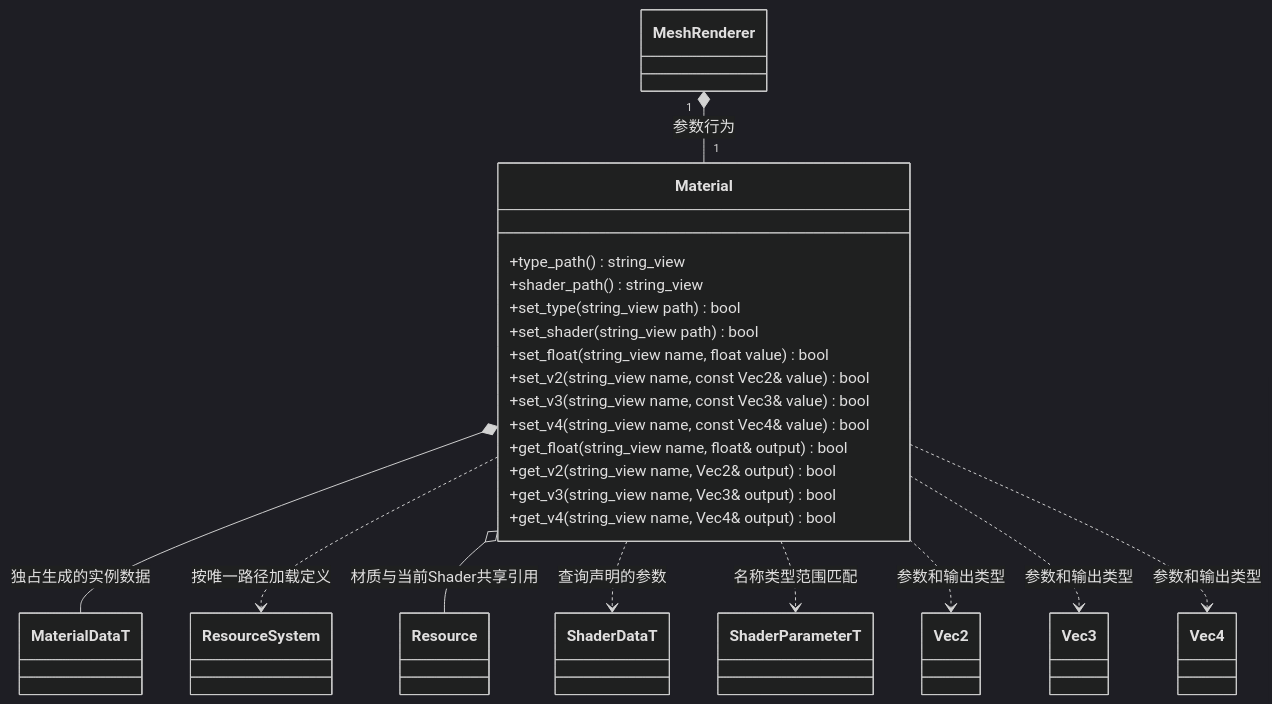
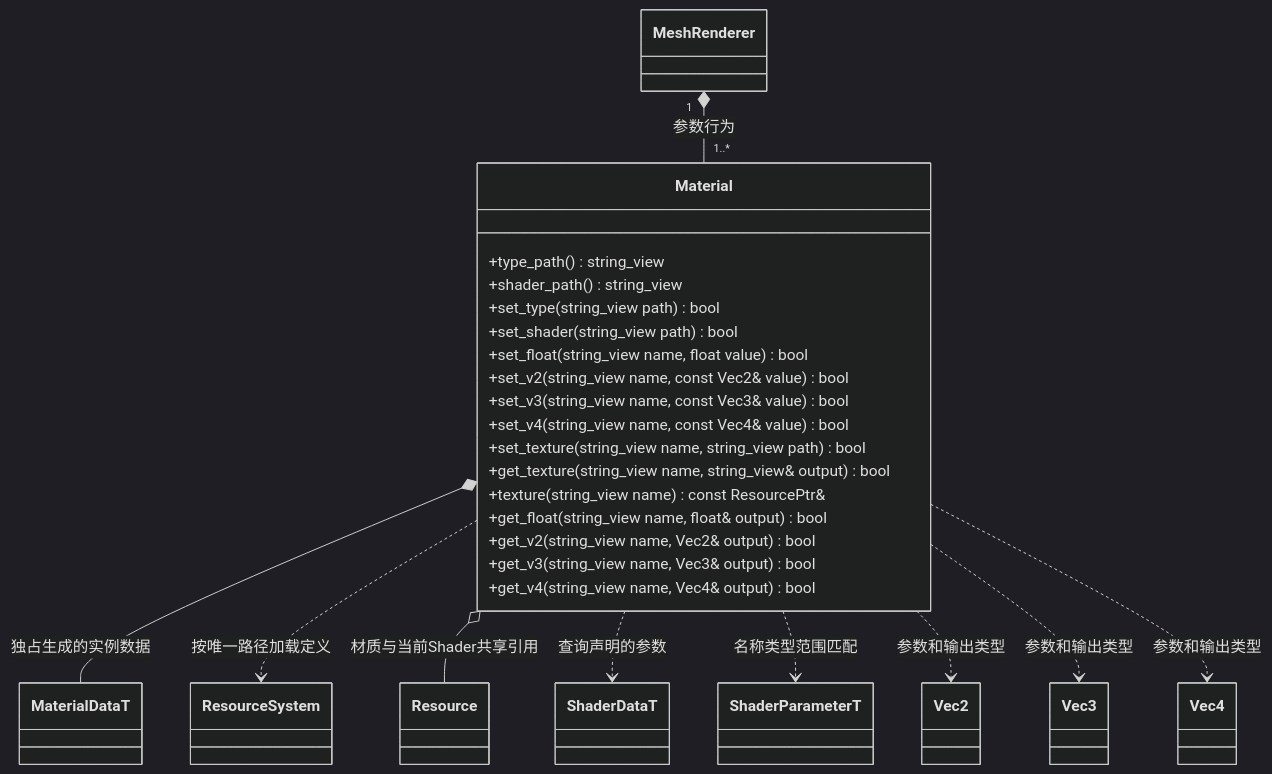
The diagram in docs/runtime/class-diagrams/material.md (lcals/Engine), drawn with Mermaid (dark theme) before and after one commit. The commit also changed other lines of this file and 125 other files, not shown here.

````diff
--- a/docs/runtime/class-diagrams/material.md
+++ b/docs/runtime/class-diagrams/material.md
@@ -5,35 +5,38 @@
 ```mermaid
 classDiagram
     class Material {
         +type_path() string_view
         +shader_path() string_view
         +set_type(string_view path) bool
         +set_shader(string_view path) bool
         +set_float(string_view name, float value) bool
         +set_v2(string_view name, const Vec2& value) bool
         +set_v3(string_view name, const Vec3& value) bool
         +set_v4(string_view name, const Vec4& value) bool
+        +set_texture(string_view name, string_view path) bool
+        +get_texture(string_view name, string_view& output) bool
+        +texture(string_view name) const ResourcePtr&
         +get_float(string_view name, float& output) bool
         +get_v2(string_view name, Vec2& output) bool
         +get_v3(string_view name, Vec3& output) bool
         +get_v4(string_view name, Vec4& output) bool
     }
     class MeshRenderer
     class ResourceSystem
     class Resource
     class MaterialDataT
     class ShaderDataT
     class ShaderParameterT
     class Vec2
     class Vec3
     class Vec4
-    MeshRenderer "1" *-- "1" Material : 参数行为
+    MeshRenderer "1" *-- "1..*" Material : 参数行为
     Material *-- MaterialDataT : 独占生成的实例数据
     Material ..> ResourceSystem : 按唯一路径加载定义
     Material o-- Resource : 材质与当前Shader共享引用
     Material ..> ShaderDataT : 查询声明的参数
     Material ..> ShaderParameterT : 名称类型范围匹配
     Material ..> Vec2 : 参数和输出类型
     Material ..> Vec3 : 参数和输出类型
     Material ..> Vec4 : 参数和输出类型
 ```
````
